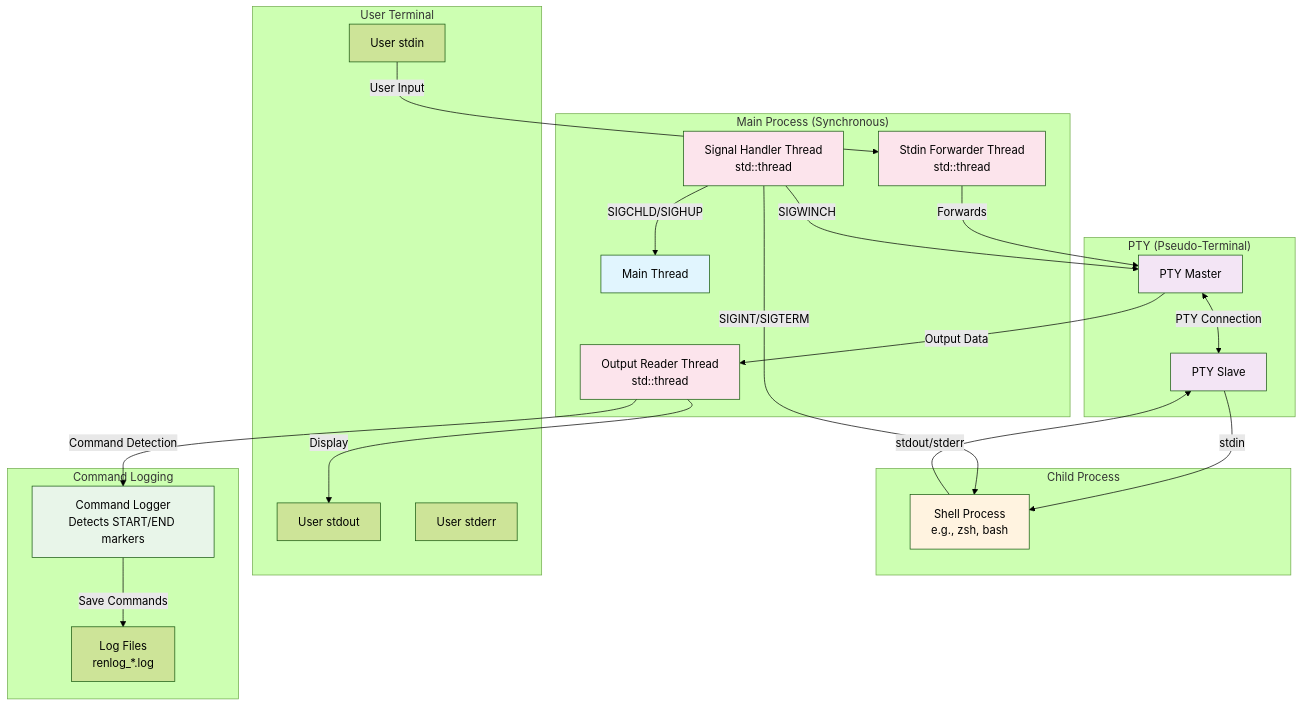
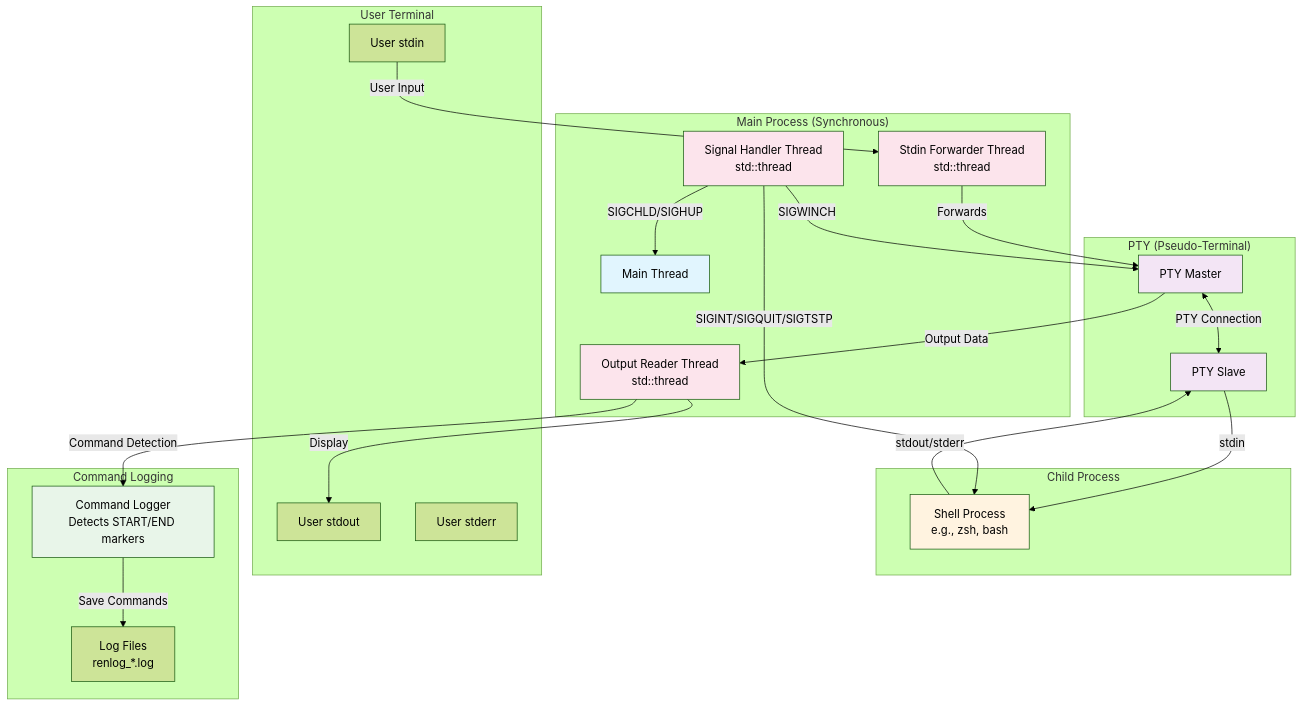
One commit to akawashiro/renlog changed the first of 2 diagrams in ARCHITECTURE.md. Above: the diagram before and after it, drawn with Mermaid (forest theme). The commit also changed other lines of this file, not shown here.

First line of the commit message:
Update ARCHITECTURE.md with comprehensive module documentation

````diff
--- a/ARCHITECTURE.md
+++ b/ARCHITECTURE.md
@@ -3,58 +9,58 @@
 ```mermaid
 graph TB
     subgraph "Main Process (Synchronous)"
         MP[Main Thread]
         SH[Signal Handler Thread<br/>std::thread]
         ST[Stdin Forwarder Thread<br/>std::thread]
         OT[Output Reader Thread<br/>std::thread]
     end
-    
+
     subgraph "PTY (Pseudo-Terminal)"
         PM[PTY Master]
         PS[PTY Slave]
     end
-    
+
     subgraph "Child Process"
         SHELL[Shell Process<br/>e.g., zsh, bash]
     end
-    
+
     subgraph "User Terminal"
         STDIN[User stdin]
         STDOUT[User stdout]
         STDERR[User stderr]
     end
-    
+
     subgraph "Command Logging"
         CL[Command Logger<br/>Detects START/END markers]
         LF[Log Files<br/>renlog_*.log]
     end
-    
+
     %% User input flow
     STDIN -->|User Input| ST
     ST -->|Forwards| PM
     PM <-->|PTY Connection| PS
-    
+
     %% Shell I/O
     PS -->|stdin| SHELL
     SHELL -->|stdout/stderr| PS
-    
+
     %% Output flow
     PM -->|Output Data| OT
     OT -->|Display| STDOUT
     OT -->|Command Detection| CL
     CL -->|Save Commands| LF
-    
+
     %% Signal handling
     SH -->|SIGWINCH| PM
-    SH -->|SIGINT/SIGTERM| SHELL
+    SH -->|SIGINT/SIGQUIT/SIGTSTP| SHELL
     SH -->|SIGCHLD/SIGHUP| MP
-    
+
     style MP fill:#e1f5fe
     style SHELL fill:#fff3e0
     style PM fill:#f3e5f5
     style PS fill:#f3e5f5
     style CL fill:#e8f5e9
     style SH fill:#fce4ec
     style ST fill:#fce4ec
     style OT fill:#fce4ec
 ```
````
